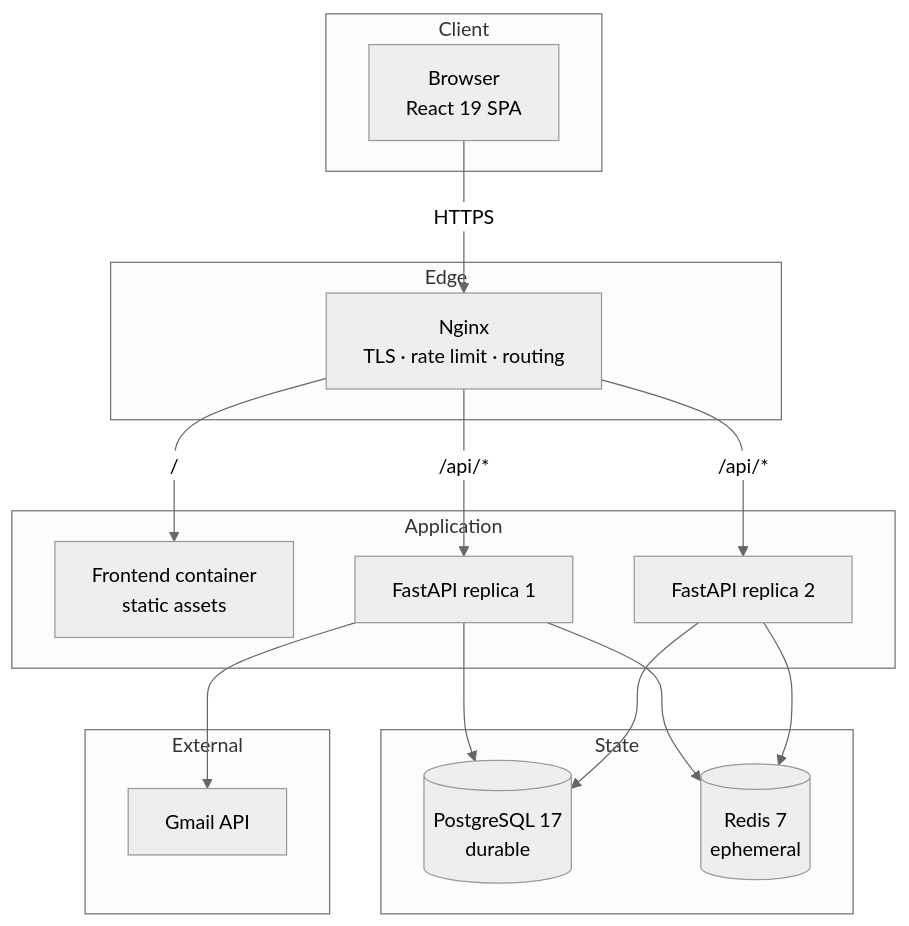
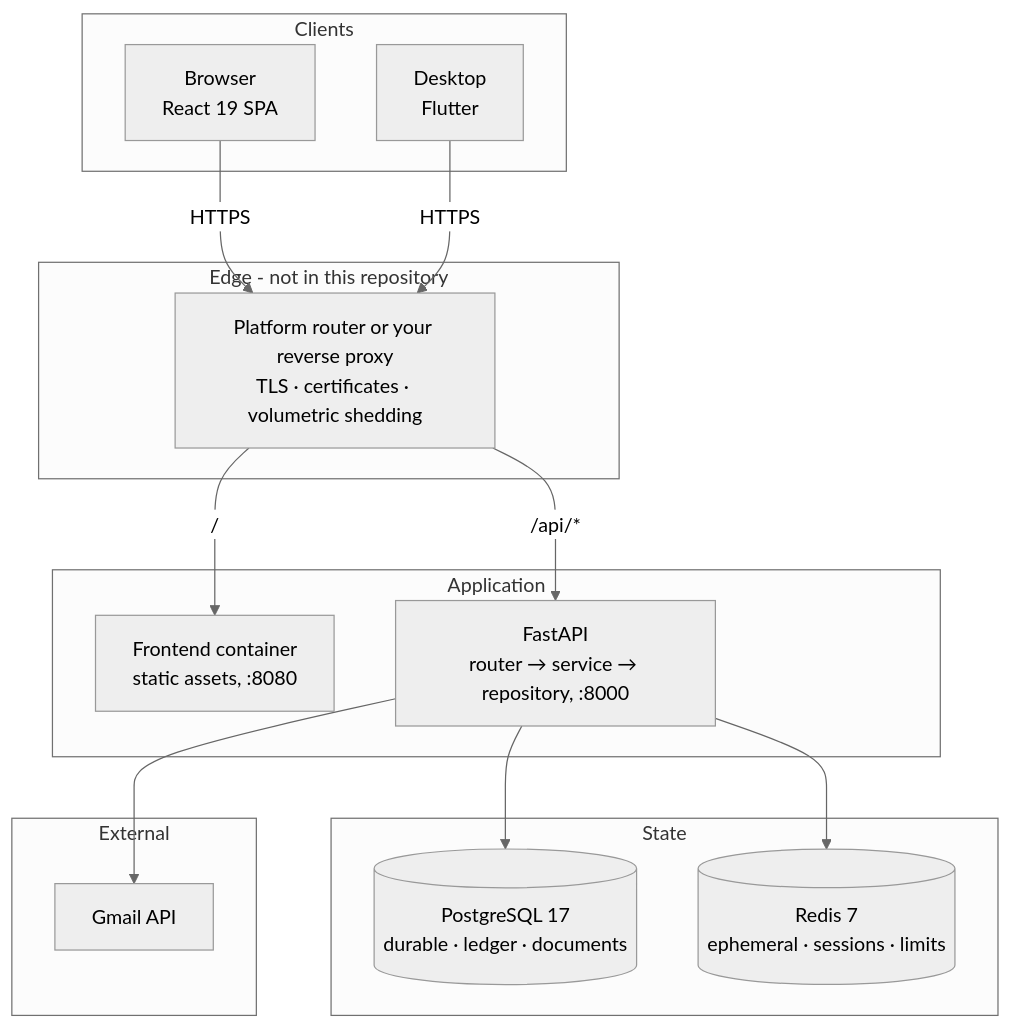
The first of 3 diagrams in docs/architecture.md (Madhur-Prakash/Personal-ERP), drawn with Mermaid (neutral theme) before and after one commit. The commit also changed other lines of this file and 17 other files, not shown here.

````diff
--- a/docs/architecture.md
+++ b/docs/architecture.md
@@ -44,35 +44,33 @@
 ```mermaid
 graph TB
-    subgraph Client
+    subgraph Clients
         B[Browser<br/>React 19 SPA]
+        D[Desktop<br/>Flutter]
     end
 
-    subgraph Edge
-        N[Nginx<br/>TLS · rate limit · routing]
+    subgraph Edge["Edge - not in this repository"]
+        N[Platform router or your reverse proxy<br/>TLS · certificates · volumetric shedding]
     end
 
     subgraph Application
-        F[Frontend container<br/>static assets]
-        A1[FastAPI replica 1]
-        A2[FastAPI replica 2]
+        F[Frontend container<br/>static assets, :8080]
+        A[FastAPI<br/>router → service → repository, :8000]
     end
 
     subgraph State
-        P[(PostgreSQL 17<br/>durable)]
-        R[(Redis 7<br/>ephemeral)]
+        P[(PostgreSQL 17<br/>durable · ledger · documents)]
+        R[(Redis 7<br/>ephemeral · sessions · limits)]
     end
 
     subgraph External
         S[Gmail API]
     end
 
     B -->|HTTPS| N
+    D -->|HTTPS| N
     N -->|/| F
-    N -->|/api/*| A1
-    N -->|/api/*| A2
-    A1 --> P
-    A2 --> P
-    A1 --> R
-    A2 --> R
-    A1 --> S
+    N -->|/api/*| A
+    A --> P
+    A --> R
+    A --> S
 ```
````
